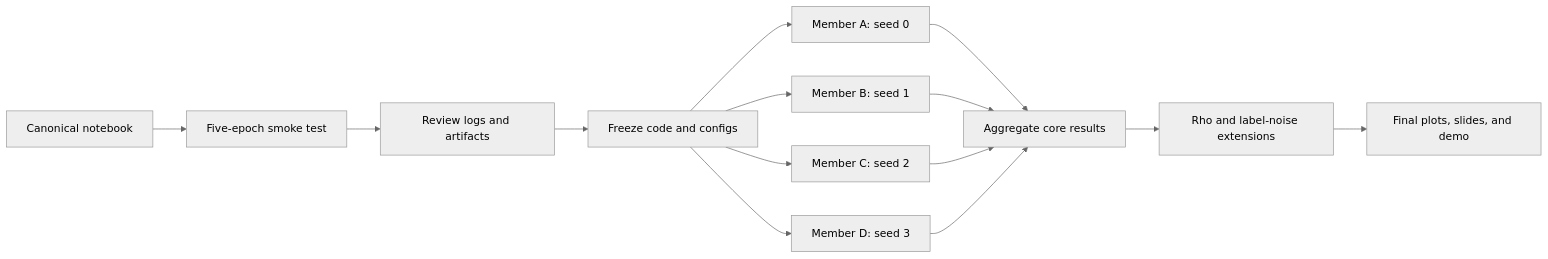
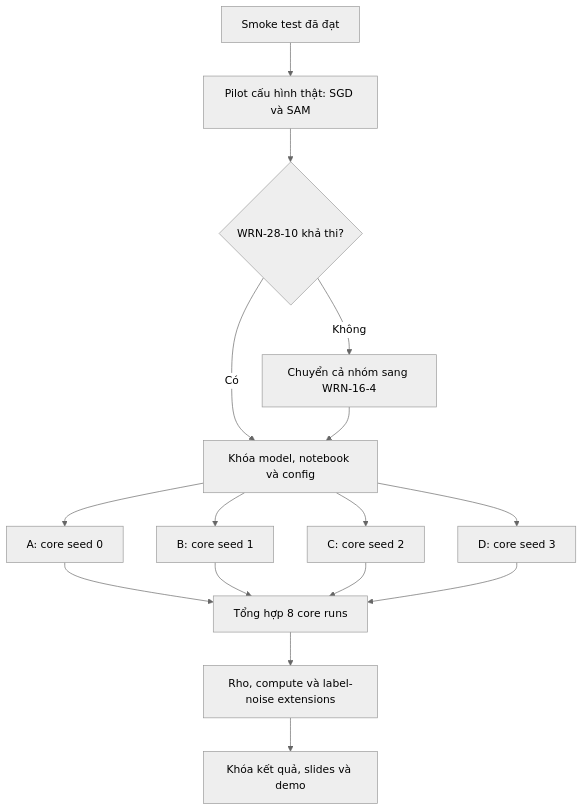
The diagram in docs/2026-10-23-sam-experiment-work-plan-vi.md (DiiKhanh/cs2229-sam-reproduction), drawn with Mermaid (neutral theme) before and after one commit. The commit also changed other lines of this file and 3 other files, not shown here.

````diff
--- a/docs/2026-10-23-sam-experiment-work-plan-vi.md
+++ b/docs/2026-10-23-sam-experiment-work-plan-vi.md
@@ -179,16 +214,18 @@
 ```mermaid
-flowchart LR
-    A[Canonical notebook] --> B[Five-epoch smoke test]
-    B --> C[Review logs and artifacts]
-    C --> D[Freeze code and configs]
-    D --> E1[Member A: seed 0]
-    D --> E2[Member B: seed 1]
-    D --> E3[Member C: seed 2]
-    D --> E4[Member D: seed 3]
-    E1 --> F[Aggregate core results]
-    E2 --> F
-    E3 --> F
-    E4 --> F
-    F --> G[Rho and label-noise extensions]
-    G --> H[Final plots, slides, and demo]
+flowchart TB
+    A[Smoke test đã đạt] --> B[Pilot cấu hình thật: SGD và SAM]
+    B --> C{WRN-28-10 khả thi?}
+    C -- Có --> D[Khóa model, notebook và config]
+    C -- Không --> E[Chuyển cả nhóm sang WRN-16-4]
+    E --> D
+    D --> F1[A: core seed 0]
+    D --> F2[B: core seed 1]
+    D --> F3[C: core seed 2]
+    D --> F4[D: core seed 3]
+    F1 --> G[Tổng hợp 8 core runs]
+    F2 --> G
+    F3 --> G
+    F4 --> G
+    G --> H[Rho, compute và label-noise extensions]
+    H --> I[Khóa kết quả, slides và demo]
 ```
````
